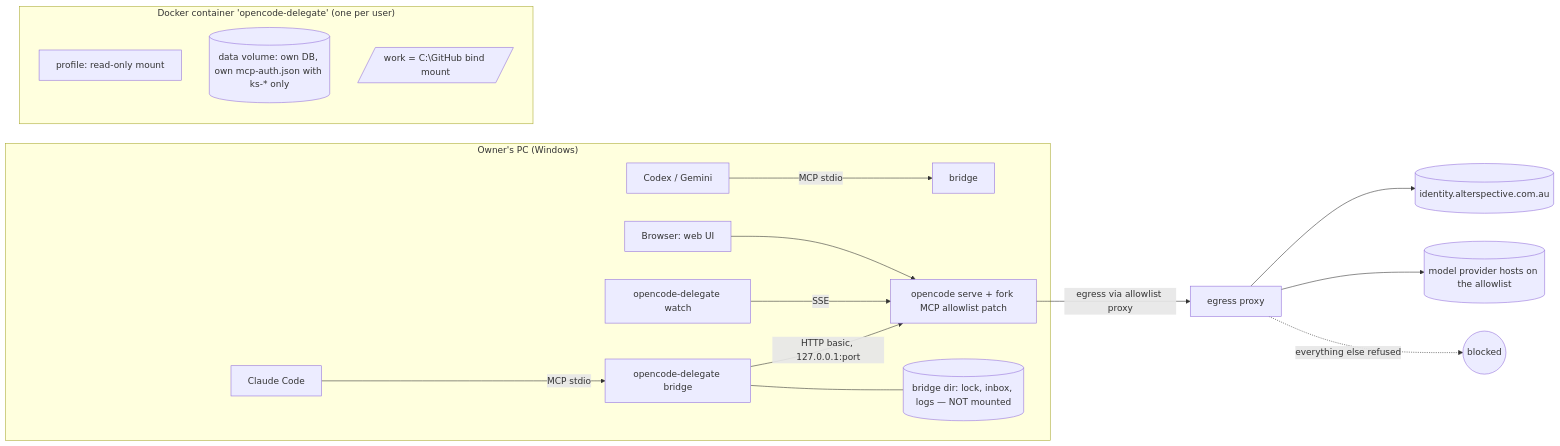
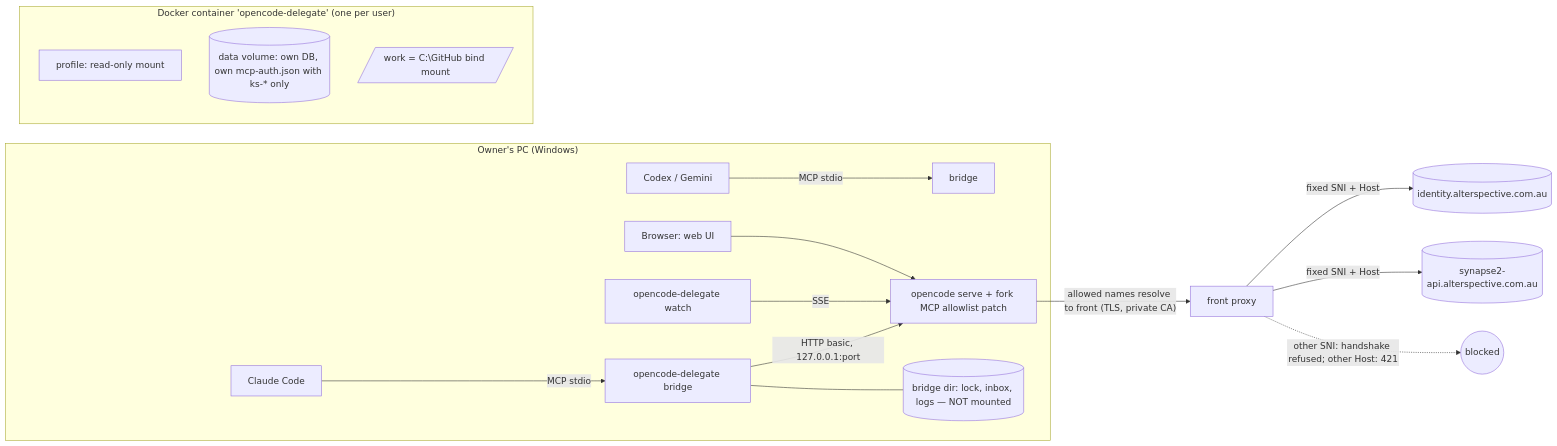
Before and after one commit to Alter-Igor/opencode: the diagram in docs/implementation/current/FEAT-OCD-001-opencode-delegate-mcp/technical-design.md, drawn with Mermaid. The commit also changed other lines of this file and 53 other files, not shown here.

````diff
--- a/docs/implementation/current/FEAT-OCD-001-opencode-delegate-mcp/technical-design.md
+++ b/docs/implementation/current/FEAT-OCD-001-opencode-delegate-mcp/technical-design.md
@@ -18,21 +18,21 @@
 ```mermaid
 flowchart LR
   subgraph Host["Owner's PC (Windows)"]
     C1[Claude Code] -- MCP stdio --> B
     C2[Codex / Gemini] -- MCP stdio --> B2[bridge]
     B[opencode-delegate bridge] -- HTTP basic, 127.0.0.1:port --> API
     W[opencode-delegate watch] -- SSE --> API
     WEB[Browser: web UI] --> API
     B --- ST[(bridge dir: lock, inbox, logs — NOT mounted)]
   end
   subgraph Box["Docker container 'opencode-delegate' (one per user)"]
     API[opencode serve + fork MCP allowlist patch]
     P[profile: read-only mount]
     D[(data volume: own DB, own mcp-auth.json with ks-* only)]
     R[/work = C:\GitHub bind mount/]
   end
-  API -- egress via allowlist proxy --> PX[egress proxy]
-  PX --> K[(identity.alterspective.com.au)]
-  PX --> M[(model provider hosts on the allowlist)]
-  PX -. everything else refused .-> X((blocked))
+  API -- "allowed names resolve to front (TLS, private CA)" --> PX[front proxy]
+  PX -- "fixed SNI + Host" --> K[(identity.alterspective.com.au)]
+  PX -- "fixed SNI + Host" --> M[(synapse2-api.alterspective.com.au)]
+  PX -. "other SNI: handshake refused; other Host: 421" .-> X((blocked))
 ```
````
